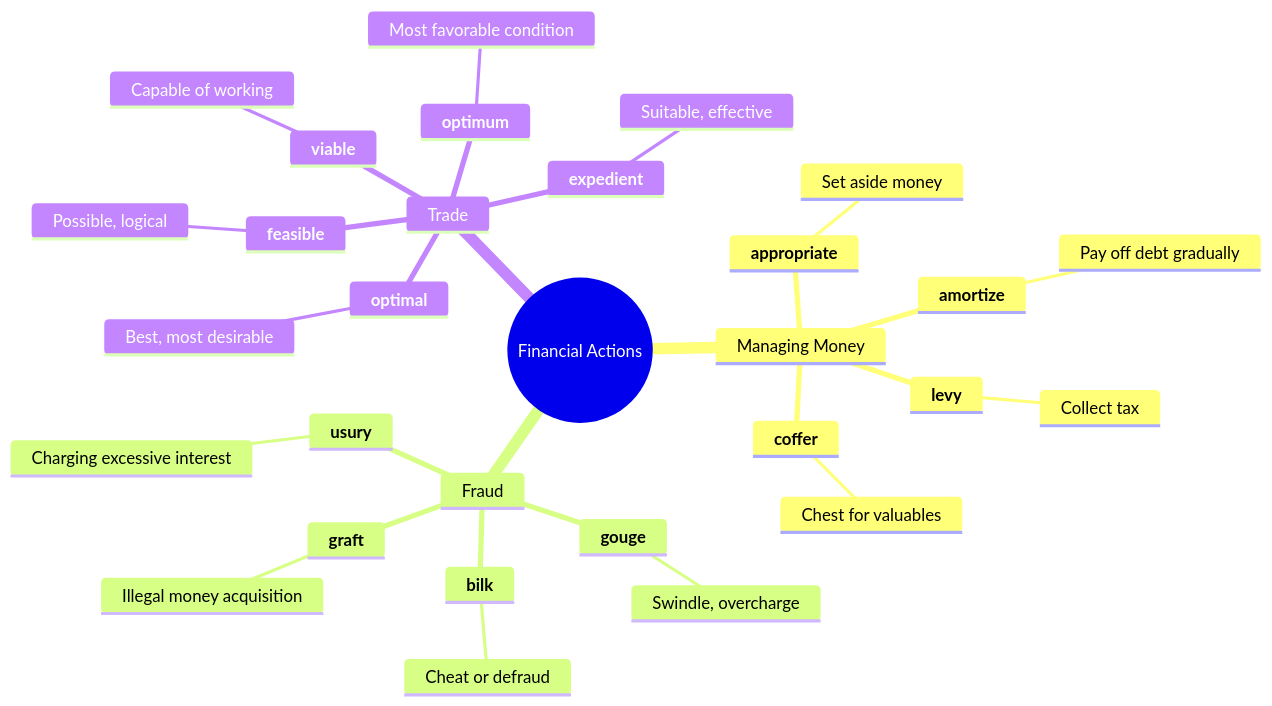
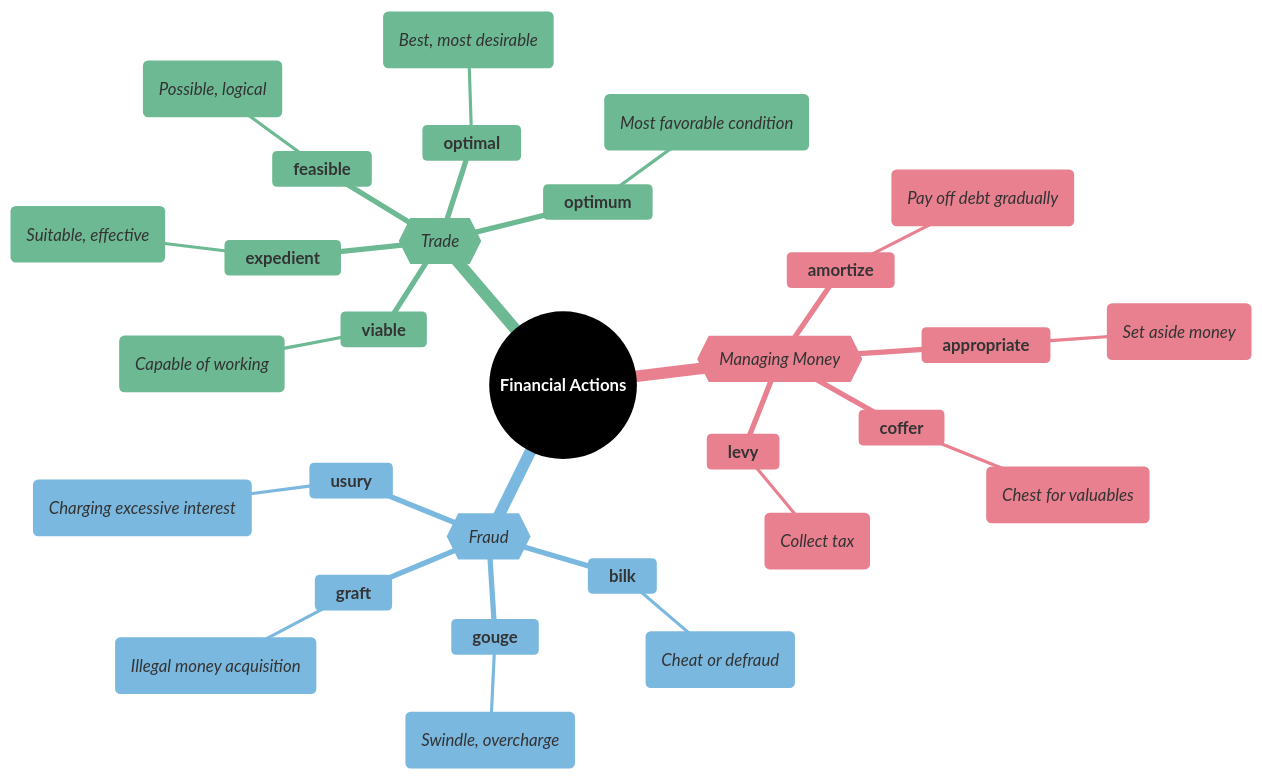
Before and after one commit to 95anantsingh/gre-preparation: the sixth of 7 diagrams in mindmaps/11-wealth-and-poverty.md, drawn with Mermaid. The commit also changed other lines of this file and 14 other files, not shown here.

````diff
--- a/mindmaps/11-wealth-and-poverty.md
+++ b/mindmaps/11-wealth-and-poverty.md
@@ -197,33 +342,52 @@
 ```mermaid
+%%{
+  init: {
+    "theme": "base",
+    "themeVariables": {
+      "primaryColor": "#000000",
+      "cScale1": "#e8808f",  "cScaleInv1": "#a33445",
+      "cScale2": "#7bb8e0",  "cScaleInv2": "#266a93",
+      "cScale3": "#6db993",  "cScaleInv3": "#23543f",
+      "cScale4": "#f5d07a",  "cScaleInv4": "#c4903b",
+      "cScale5": "#b08fcc",  "cScaleInv5": "#5d3b75",
+      "cScale6": "#74dace",  "cScaleInv6": "#217d72",
+      "cScale7": "#f09570",  "cScaleInv7": "#b84112",
+      "cScale8": "#8ea8c2",  "cScaleInv8": "#32465e",
+      "cScale9": "#cc7fba",  "cScaleInv9": "#7d2868",
+      "cScale10": "#c99a78", "cScaleInv10": "#7c4e32",
+      "cScale11": "#a3a3a3", "cScaleInv11": "#3d3d3d"
+    }
+  }
+}%%
 mindmap
-  root((Financial Actions))
-    Managing Money
+  root((<font color=white>**Financial Actions**</font>))
+    {{_Managing Money_}}
       **amortize**
-        Pay off debt gradually
+        (_Pay off debt gradually_)
       **appropriate**
-        Set aside money
+        (_Set aside money_)
       **levy**
-        Collect tax
+        (_Collect tax_)
       **coffer**
-        Chest for valuables
-    Fraud
+        (_Chest for valuables_)
+    {{_Fraud_}}
       **bilk**
-        Cheat or defraud
+        (_Cheat or defraud_)
       **gouge**
-        Swindle, overcharge
+        (_Swindle, overcharge_)
       **usury**
-        Charging excessive interest
+        (_Charging excessive interest_)
       **graft**
-        Illegal money acquisition
-    Trade
+        (_Illegal money acquisition_)
+    {{_Trade_}}
       **feasible**
-        Possible, logical
+        (_Possible, logical_)
       **viable**
-        Capable of working
+        (_Capable of working_)
       **expedient**
-        Suitable, effective
+        (_Suitable, effective_)
       **optimal**
-        Best, most desirable
+        (_Best, most desirable_)
       **optimum**
-        Most favorable condition
+        (_Most favorable condition_)
 ```
````
